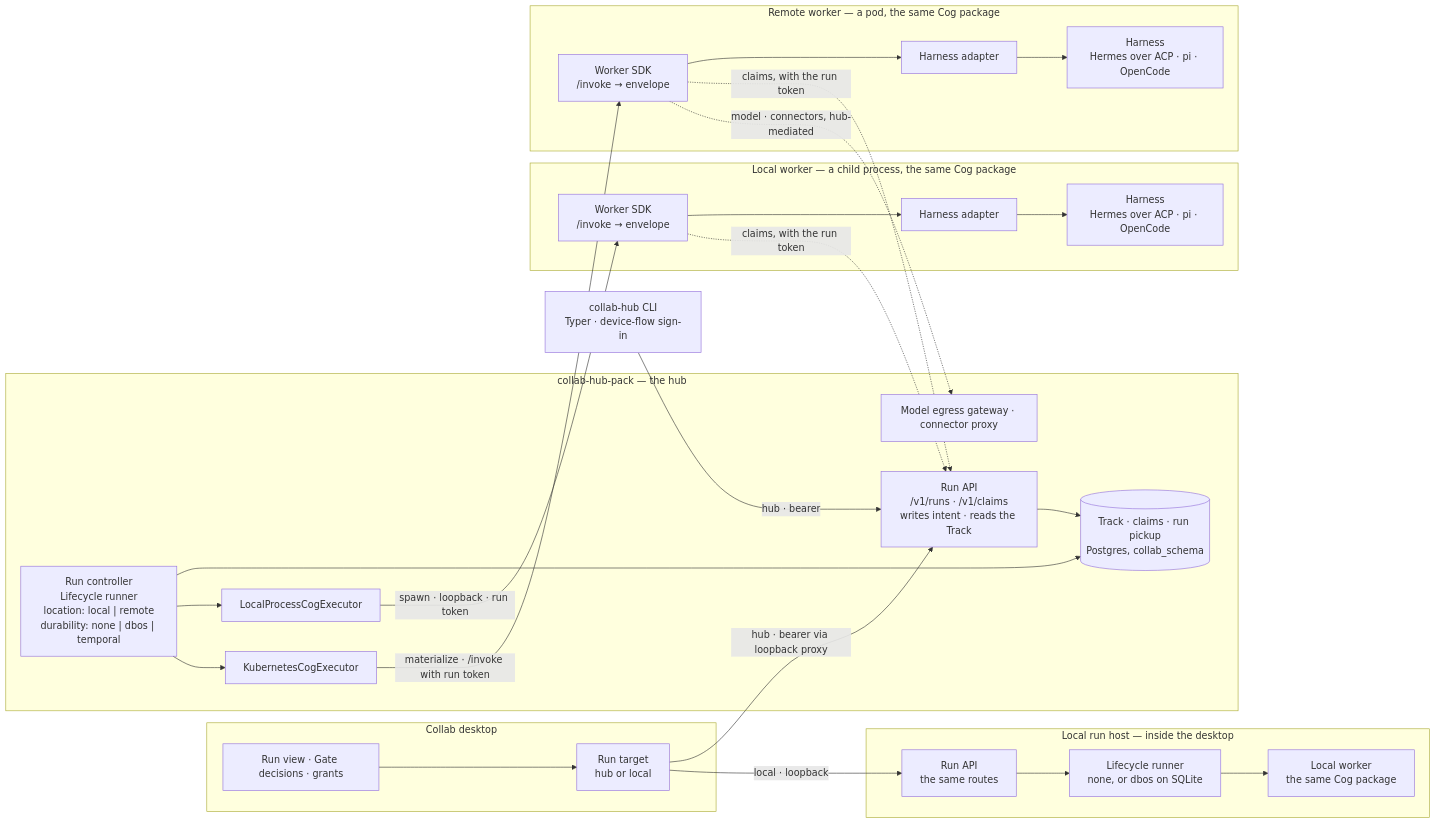
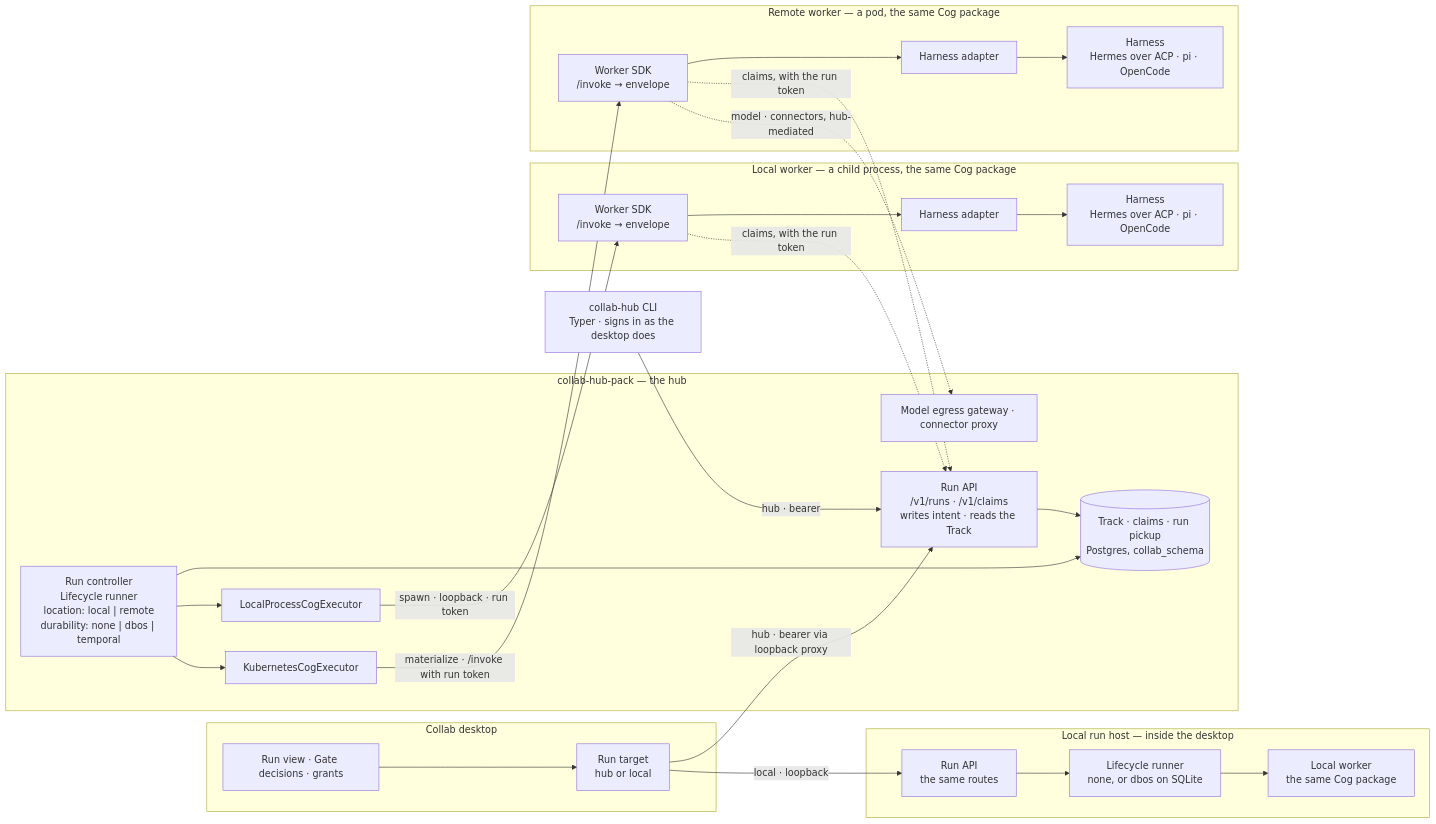
Before and after one commit to InessaPawson/collab-hub-pack: the first of 5 diagrams in COG_EXECUTION.md, drawn with Mermaid. The commit also changed other lines of this file, not shown here.

````diff
--- a/COG_EXECUTION.md
+++ b/COG_EXECUTION.md
@@ -83,53 +84,53 @@
 ```mermaid
 flowchart LR
   subgraph desk["Collab desktop"]
     ui["Run view · Gate decisions · grants"]
     rt["Run target<br/>hub or local"]
     ui --> rt
   end
 
-  cli["collab-hub CLI<br/>Typer · device-flow sign-in"]
+  cli["collab-hub CLI<br/>Typer · signs in as the desktop does"]
 
   subgraph hub["collab-hub-pack — the hub"]
     api["Run API<br/>/v1/runs · /v1/claims<br/>writes intent · reads the Track"]
     ctl["Run controller<br/>Lifecycle runner<br/>location: local | remote<br/>durability: none | dbos | temporal"]
     track[("Track · claims · run pickup<br/>Postgres, collab_schema")]
     lexec["LocalProcessCogExecutor"]
     kexec["KubernetesCogExecutor"]
     gw["Model egress gateway · connector proxy"]
     api --> track
     ctl --> track
     ctl --> lexec
     ctl --> kexec
   end
 
   subgraph proc["Local worker — a child process, the same Cog package"]
     psdk["Worker SDK<br/>/invoke → envelope"]
     pad["Harness adapter"]
     pharn["Harness<br/>Hermes over ACP · pi · OpenCode"]
     psdk --> pad --> pharn
   end
 
   subgraph pod["Remote worker — a pod, the same Cog package"]
     sdk["Worker SDK<br/>/invoke → envelope"]
     ad["Harness adapter"]
     harn["Harness<br/>Hermes over ACP · pi · OpenCode"]
     sdk --> ad --> harn
   end
 
   subgraph local["Local run host — inside the desktop"]
     lapi["Run API<br/>the same routes"]
     lctl["Lifecycle runner<br/>none, or dbos on SQLite"]
     lw["Local worker<br/>the same Cog package"]
     lapi --> lctl --> lw
   end
 
   rt -->|"hub · bearer via loopback proxy"| api
   rt -->|"local · loopback"| lapi
   cli -->|"hub · bearer"| api
   lexec -->|"spawn · loopback · run token"| psdk
   kexec -->|"materialize · /invoke with run token"| sdk
   psdk -. "claims, with the run token" .-> api
   sdk -. "claims, with the run token" .-> api
   sdk -. "model · connectors, hub-mediated" .-> gw
 ```
````
